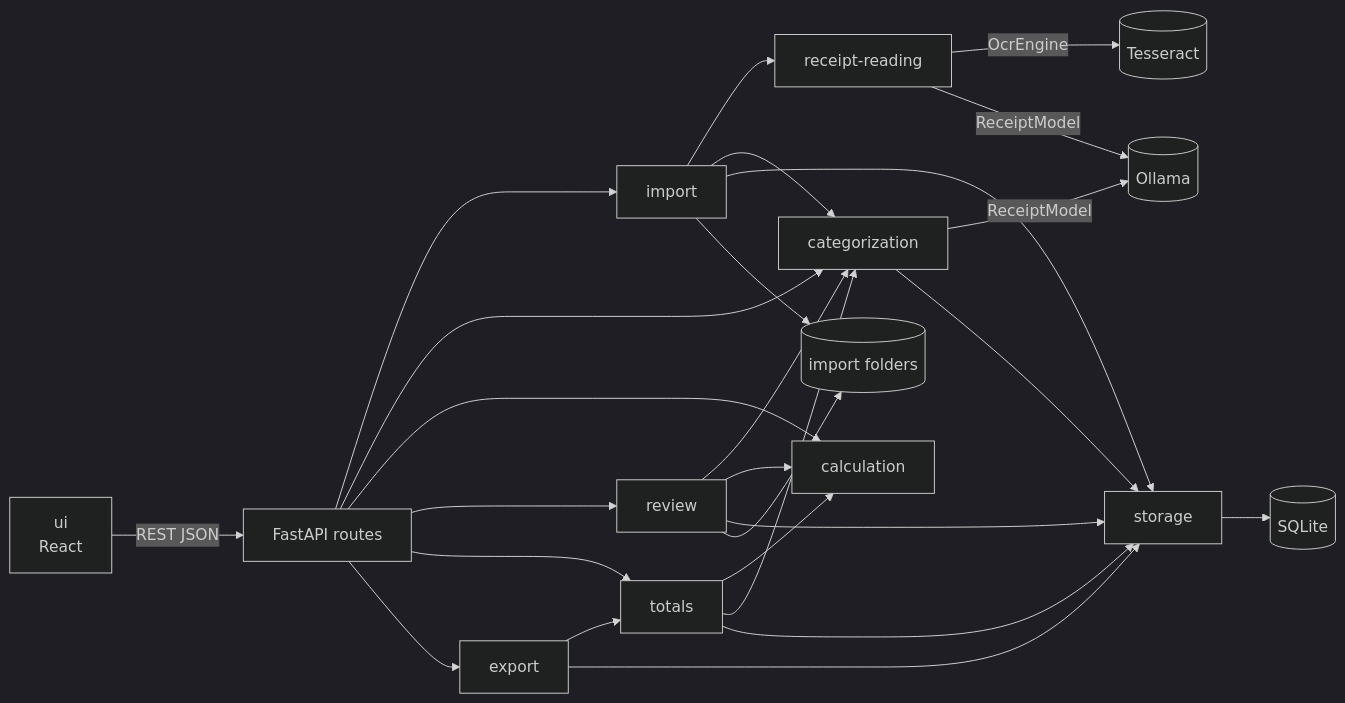
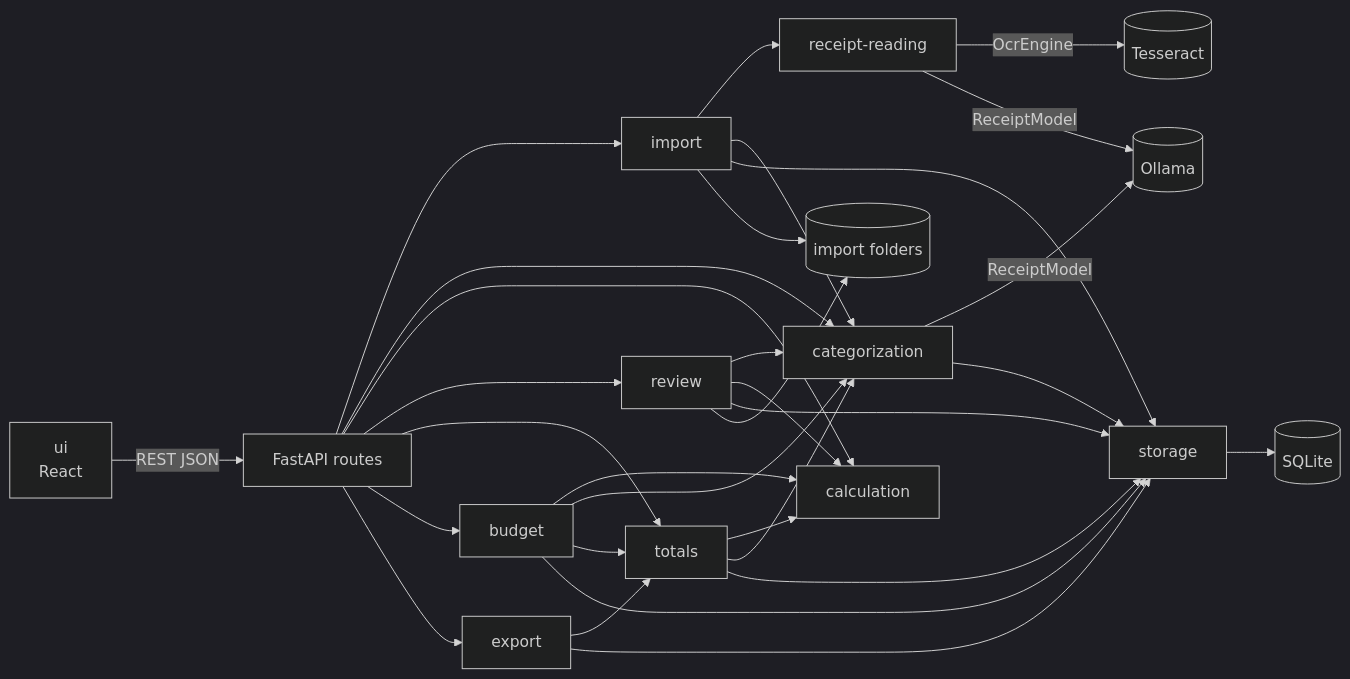
One commit to PekkaJuN/RRMCApplication changed the first of 2 diagrams in docs/architecture.md. Above: the diagram before and after it, drawn with Mermaid (dark theme). The commit also changed other lines of this file and 63 other files, not shown here.

````diff
--- a/docs/architecture.md
+++ b/docs/architecture.md
@@ -103,28 +105,33 @@
 ```mermaid
 flowchart LR
   UI[ui<br/>React] -->|REST JSON| API[FastAPI routes]
   API --> IMP[import]
   API --> CAT[categorization]
   API --> CALC[calculation]
   API --> REV[review]
   REV --> CAT
   REV --> CALC
   REV --> ST
   REV --> FS
   API --> TOT[totals]
   TOT --> CALC
   TOT --> CAT
   TOT --> ST
+  API --> BUD[budget]
+  BUD --> CALC
+  BUD --> CAT
+  BUD --> TOT
+  BUD --> ST
   API --> EXP[export]
   IMP --> RR[receipt-reading]
   IMP --> CAT
   RR -->|OcrEngine| TES[(Tesseract)]
   RR -->|ReceiptModel| OLL[(Ollama)]
   CAT -->|ReceiptModel| OLL
   IMP --> ST[storage]
   CAT --> ST
   EXP --> TOT
   EXP --> ST
   ST --> DB[(SQLite)]
   IMP --> FS[(import folders)]
 ```
````
